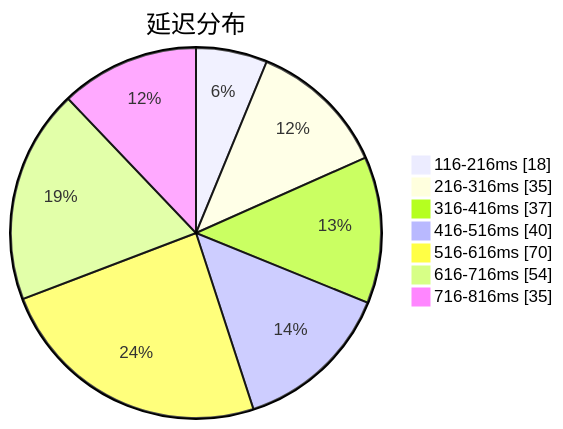
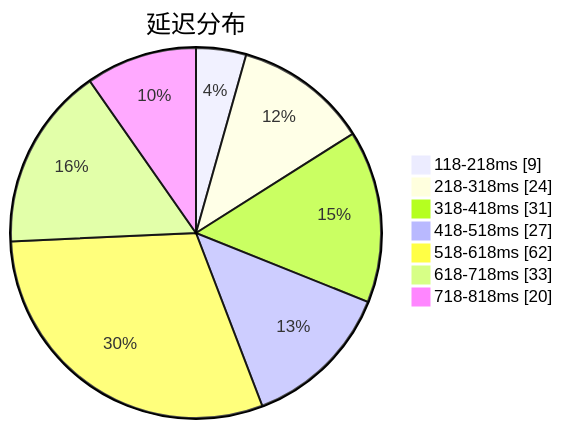
Before and after one commit to sinspired/airport: the first of 3 diagrams in subs/statistics/tested_within.md, drawn with Mermaid. The commit also changed other lines of this file and 2 other files, not shown here.

````diff
--- a/subs/statistics/tested_within.md
+++ b/subs/statistics/tested_within.md
@@ -2,11 +2,11 @@
 ```mermaid
 pie showData
 title 延迟分布
-"116-216ms" : 18
-"216-316ms" : 35
-"316-416ms" : 37
-"416-516ms" : 40
-"516-616ms" : 70
-"616-716ms" : 54
-"716-816ms" : 35
+"118-218ms" : 9
+"218-318ms" : 24
+"318-418ms" : 31
+"418-518ms" : 27
+"518-618ms" : 62
+"618-718ms" : 33
+"718-818ms" : 20
 ```
````
